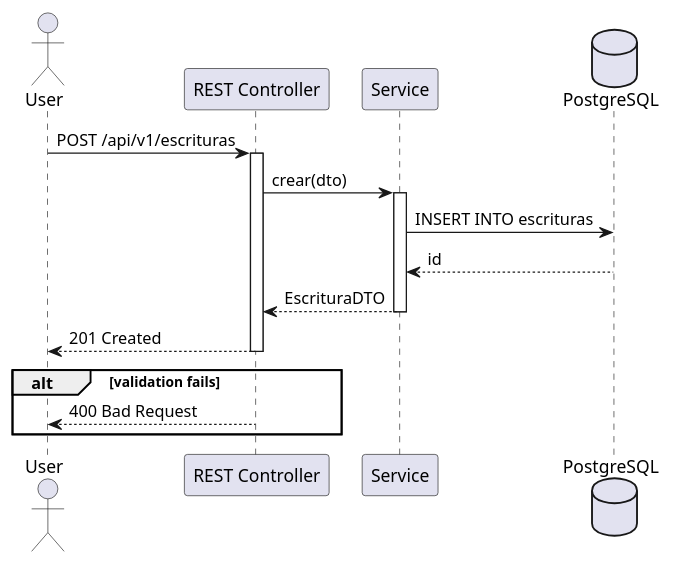
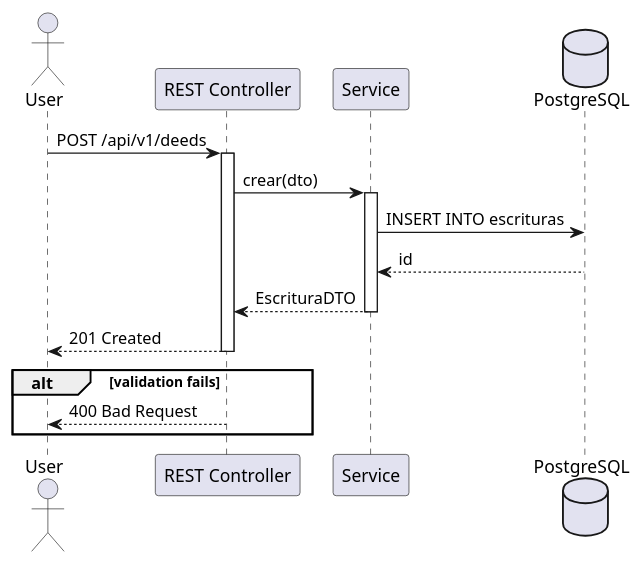
The third of 18 diagrams in .claude/skills/plantuml/references/diagram-types.md (matiaspakua/notaire), drawn with PlantUML before and after one commit. The commit also changed other lines of this file and 1430 other files, not shown here.

````diff
--- a/.claude/skills/plantuml/references/diagram-types.md
+++ b/.claude/skills/plantuml/references/diagram-types.md
@@ -118,23 +118,23 @@
 ```plantuml
 @startuml
 actor User
 participant "REST Controller" as C
 participant "Service" as S
 database "PostgreSQL" as DB
 
-User -> C: POST /api/v1/escrituras
+User -> C: POST /api/v1/deeds
 activate C
 C -> S: crear(dto)
 activate S
 S -> DB: INSERT INTO escrituras
 DB --> S: id
 S --> C: EscrituraDTO
 deactivate S
 C --> User: 201 Created
 deactivate C
 
 alt validation fails
   C --> User: 400 Bad Request
 end
 @enduml
 ```
````
